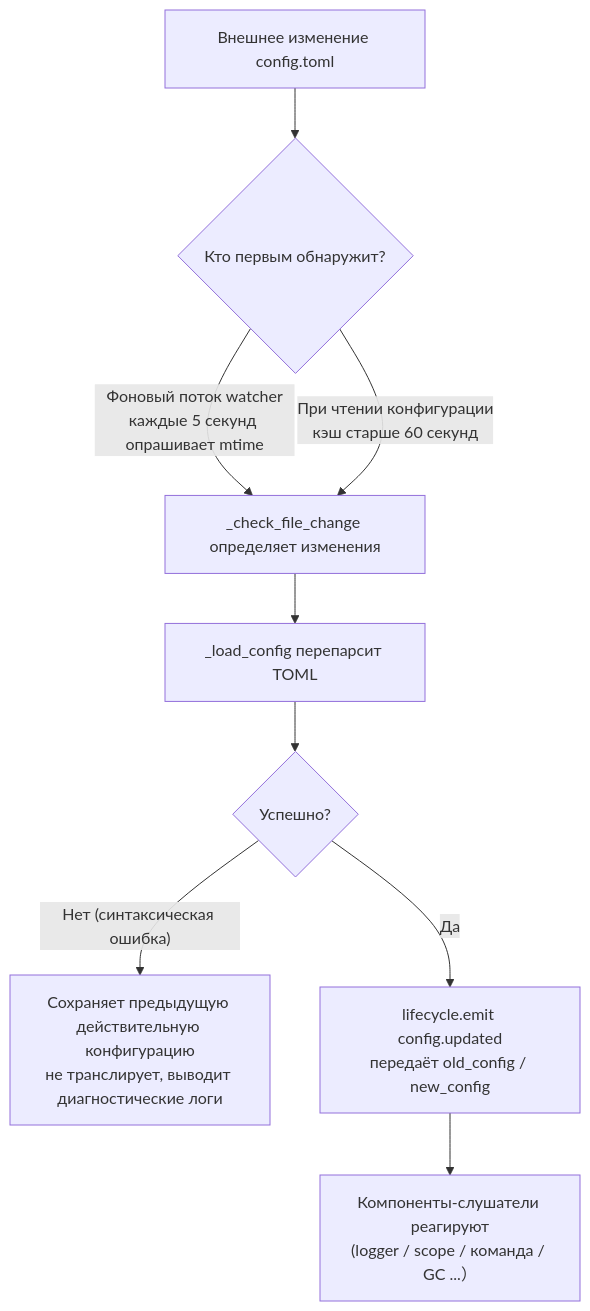
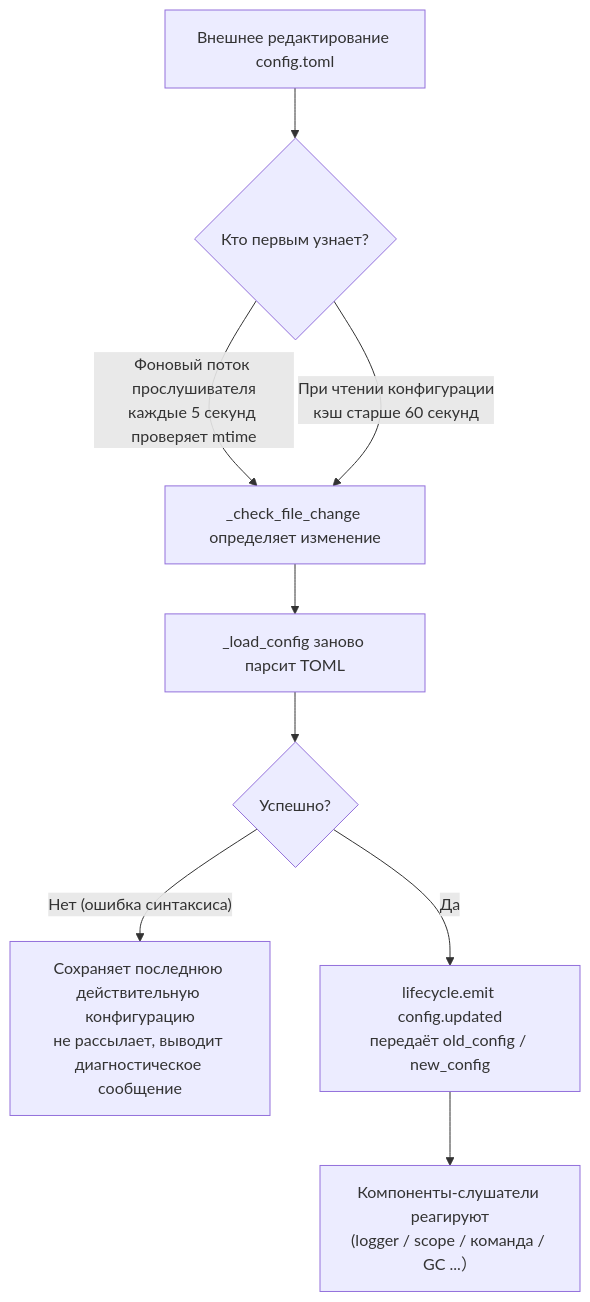
The diagram in docs/ru/user-guide/configuration.md (ErisPulse/ErisPulse), drawn with Mermaid before and after one commit. The commit also changed other lines of this file and 622 other files, not shown here.

````diff
--- a/docs/ru/user-guide/configuration.md
+++ b/docs/ru/user-guide/configuration.md
@@ -89,11 +89,11 @@
 ```mermaid
 flowchart TD
-    A["Внешнее изменение config.toml"] --> B{"Кто первым обнаружит?"}
-    B -->|"Фоновый поток watcher<br/>каждые 5 секунд опрашивает mtime"| C["_check_file_change определяет изменения"]
+    A["Внешнее редактирование config.toml"] --> B{"Кто первым узнает?"}
+    B -->|"Фоновый поток прослушивателя<br/>каждые 5 секунд проверяет mtime"| C["_check_file_change определяет изменение"]
     B -->|"При чтении конфигурации<br/>кэш старше 60 секунд"| C
-    C --> D["_load_config перепарсит TOML"]
+    C --> D["_load_config заново парсит TOML"]
     D --> E{"Успешно?"}
-    E -->|"Нет (синтаксическая ошибка)"| F["Сохраняет предыдущую действительную конфигурацию<br/>не транслирует, выводит диагностические логи"]
+    E -->|"Нет (ошибка синтаксиса)"| F["Сохраняет последнюю действительную конфигурацию<br/>не рассылает, выводит диагностическое сообщение"]
     E -->|"Да"| G["lifecycle.emit config.updated<br/>передаёт old_config / new_config"]
     G --> H["Компоненты-слушатели реагируют<br/>(logger / scope / команда / GC ...）"]
 ```
````
